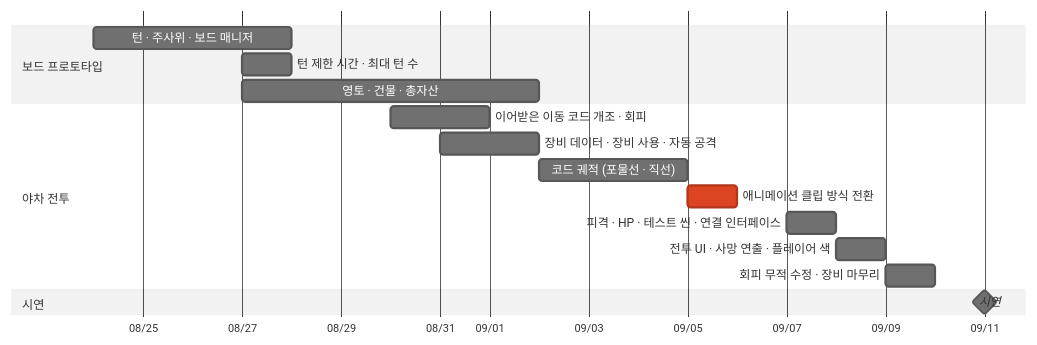
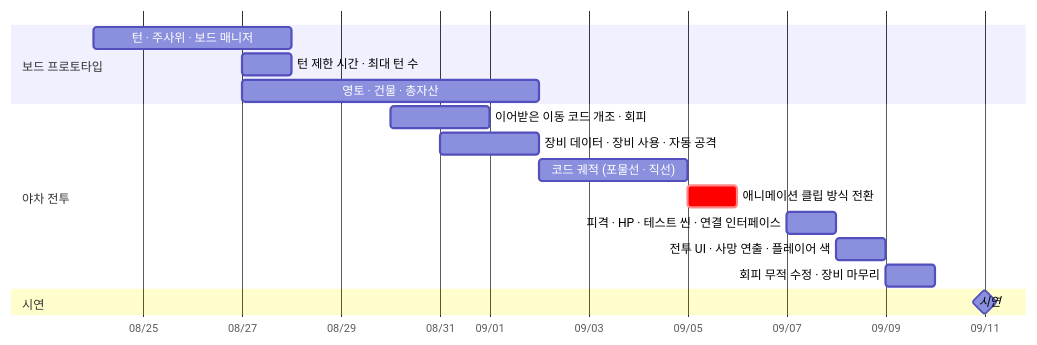
One commit to Gryphon34/portfolio-template changed diagram 12 of 12 in src/1-yggdrasil/기술문서.md. Above: the diagram before and after it, drawn with Mermaid. The commit also changed other lines of this file and 6 other files, not shown here.

````diff
--- a/src/1-yggdrasil/기술문서.md
+++ b/src/1-yggdrasil/기술문서.md
@@ -914,20 +882,20 @@
 ```mermaid
-%%{init: {'theme':'neutral', 'gantt': {'useWidth': 960}}}%%
+%%{init: {'gantt': {'useWidth': 960}}}%%
 gantt
     dateFormat  MM-DD
     axisFormat  %m/%d
     section 보드 프로토타입
     턴 · 주사위 · 보드 매니저          :a1, 08-24, 4d
     턴 제한 시간 · 최대 턴 수          :a2, 08-27, 1d
     영토 · 건물 · 총자산               :a3, 08-27, 6d
     section 야차 전투
     이어받은 이동 코드 개조 · 회피      :b1, 08-30, 2d
     장비 데이터 · 장비 사용 · 자동 공격 :b2, 08-31, 2d
     코드 궤적 (포물선 · 직선)           :b3, 09-02, 3d
     애니메이션 클립 방식 전환           :crit, b4, 09-05, 1d
     피격 · HP · 테스트 씬 · 연결 인터페이스 :b5, 09-07, 1d
     전투 UI · 사망 연출 · 플레이어 색   :b6, 09-08, 1d
     회피 무적 수정 · 장비 마무리        :b7, 09-09, 1d
     section 시연
     시연                               :milestone, 09-11, 0d
 ```
````
